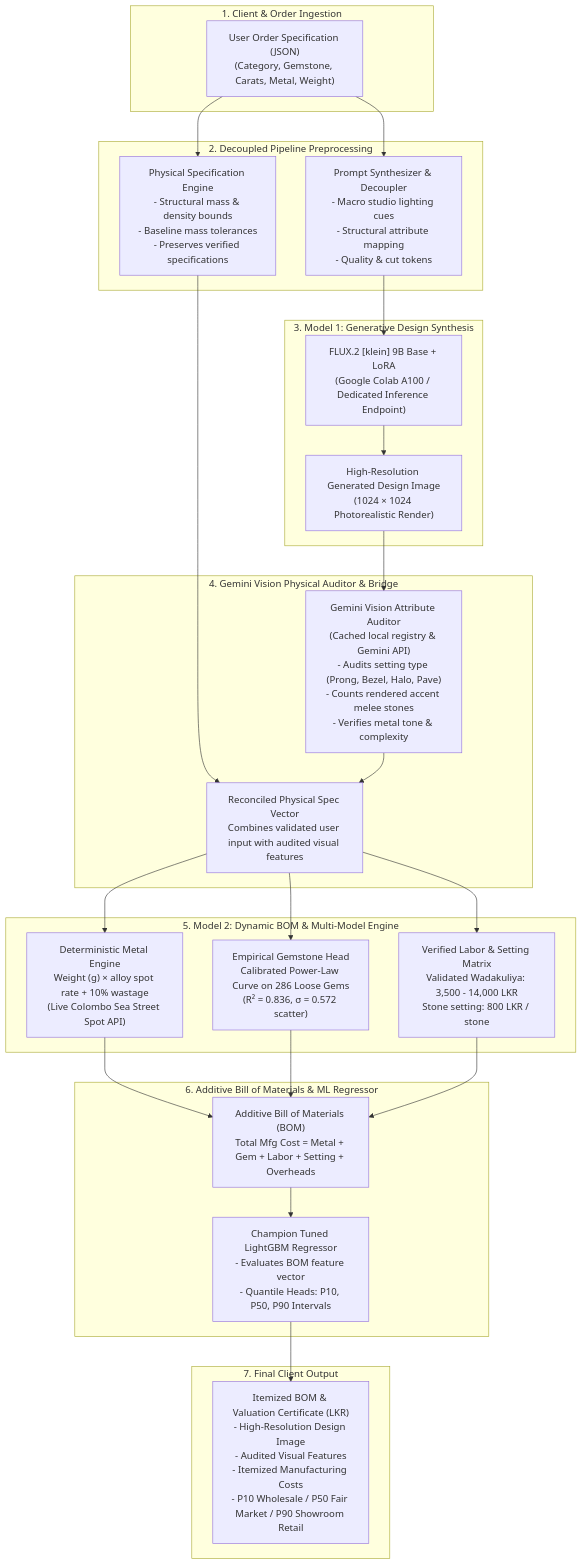
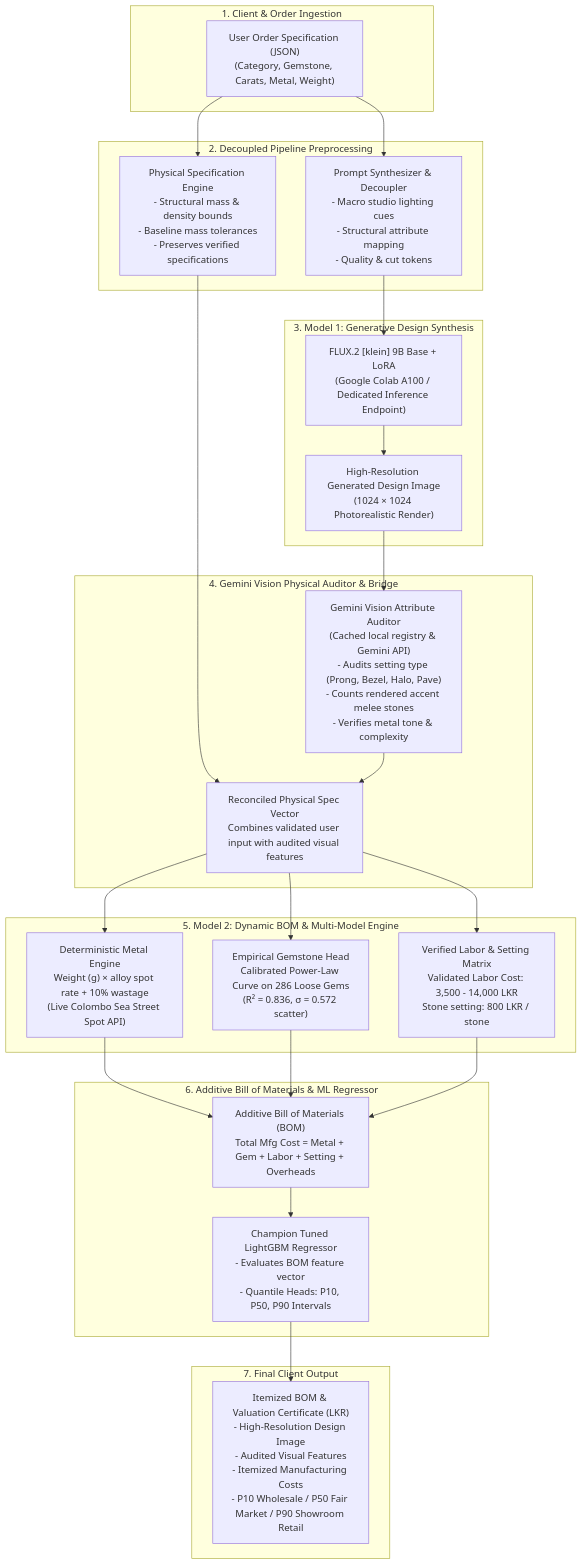
One commit to anuk549/GemVision changed the diagram in ml/jewelrydesigngeneration/docs/SYSTEM_IMPLEMENTATION_ARCHITECTURE.md. Above: the diagram before and after it, drawn with Mermaid. The commit also changed other lines of this file and 2 other files, not shown here.

````diff
--- a/ml/jewelrydesigngeneration/docs/SYSTEM_IMPLEMENTATION_ARCHITECTURE.md
+++ b/ml/jewelrydesigngeneration/docs/SYSTEM_IMPLEMENTATION_ARCHITECTURE.md
@@ -9,39 +9,39 @@
 ```mermaid
 flowchart TD
     subgraph ClientLayer ["1. Client & Order Ingestion"]
         USR["User Order Specification (JSON)<br/>(Category, Gemstone, Carats, Metal, Weight)"]
     end
 
     subgraph PromptAndPhysics ["2. Decoupled Pipeline Preprocessing"]
         USR --> SYNTH["Prompt Synthesizer & Decoupler<br/>- Macro studio lighting cues<br/>- Structural attribute mapping<br/>- Quality & cut tokens"]
         USR --> PHYS["Physical Specification Engine<br/>- Structural mass & density bounds<br/>- Baseline mass tolerances<br/>- Preserves verified specifications"]
     end
 
     subgraph GenerativeService ["3. Model 1: Generative Design Synthesis"]
         SYNTH --> M1["FLUX.2 [klein] 9B Base + LoRA<br/>(Google Colab A100 / Dedicated Inference Endpoint)"]
         M1 --> IMG["High-Resolution Generated Design Image<br/>(1024 × 1024 Photorealistic Render)"]
     end
 
     subgraph VisualAuditBridge ["4. Gemini Vision Physical Auditor & Bridge"]
         IMG --> VLM["Gemini Vision Attribute Auditor<br/>(Cached local registry & Gemini API)<br/>- Audits setting type (Prong, Bezel, Halo, Pave)<br/>- Counts rendered accent melee stones<br/>- Verifies metal tone & complexity"]
         PHYS --> RECON["Reconciled Physical Spec Vector<br/>Combines validated user input with audited visual features"]
         VLM --> RECON
     end
 
     subgraph ValuationService ["5. Model 2: Dynamic BOM & Multi-Model Engine"]
         RECON --> DET_METAL["Deterministic Metal Engine<br/>Weight (g) × alloy spot rate + 10% wastage<br/>(Live Colombo Sea Street Spot API)"]
         RECON --> EMP_GEM["Empirical Gemstone Head<br/>Calibrated Power-Law Curve on 286 Loose Gems<br/>(R² = 0.836, σ = 0.572 scatter)"]
-        RECON --> SHOP_LABOR["Verified Labor & Setting Matrix<br/>Validated Wadakuliya: 3,500 - 14,000 LKR<br/>Stone setting: 800 LKR / stone"]
+        RECON --> SHOP_LABOR["Verified Labor & Setting Matrix<br/>Validated Labor Cost: 3,500 - 14,000 LKR<br/>Stone setting: 800 LKR / stone"]
     end
 
     subgraph CostAggregation ["6. Additive Bill of Materials & ML Regressor"]
         DET_METAL --> BOM["Additive Bill of Materials (BOM)<br/>Total Mfg Cost = Metal + Gem + Labor + Setting + Overheads"]
         EMP_GEM --> BOM
         SHOP_LABOR --> BOM
         BOM --> ML_HEAD["Champion Tuned LightGBM Regressor<br/>- Evaluates BOM feature vector<br/>- Quantile Heads: P10, P50, P90 Intervals"]
     end
 
     subgraph OutputQuotation ["7. Final Client Output"]
         ML_HEAD --> QUOTE["Itemized BOM & Valuation Certificate (LKR)<br/>- High-Resolution Design Image<br/>- Audited Visual Features<br/>- Itemized Manufacturing Costs<br/>- P10 Wholesale / P50 Fair Market / P90 Showroom Retail"]
     end
 ```
````
